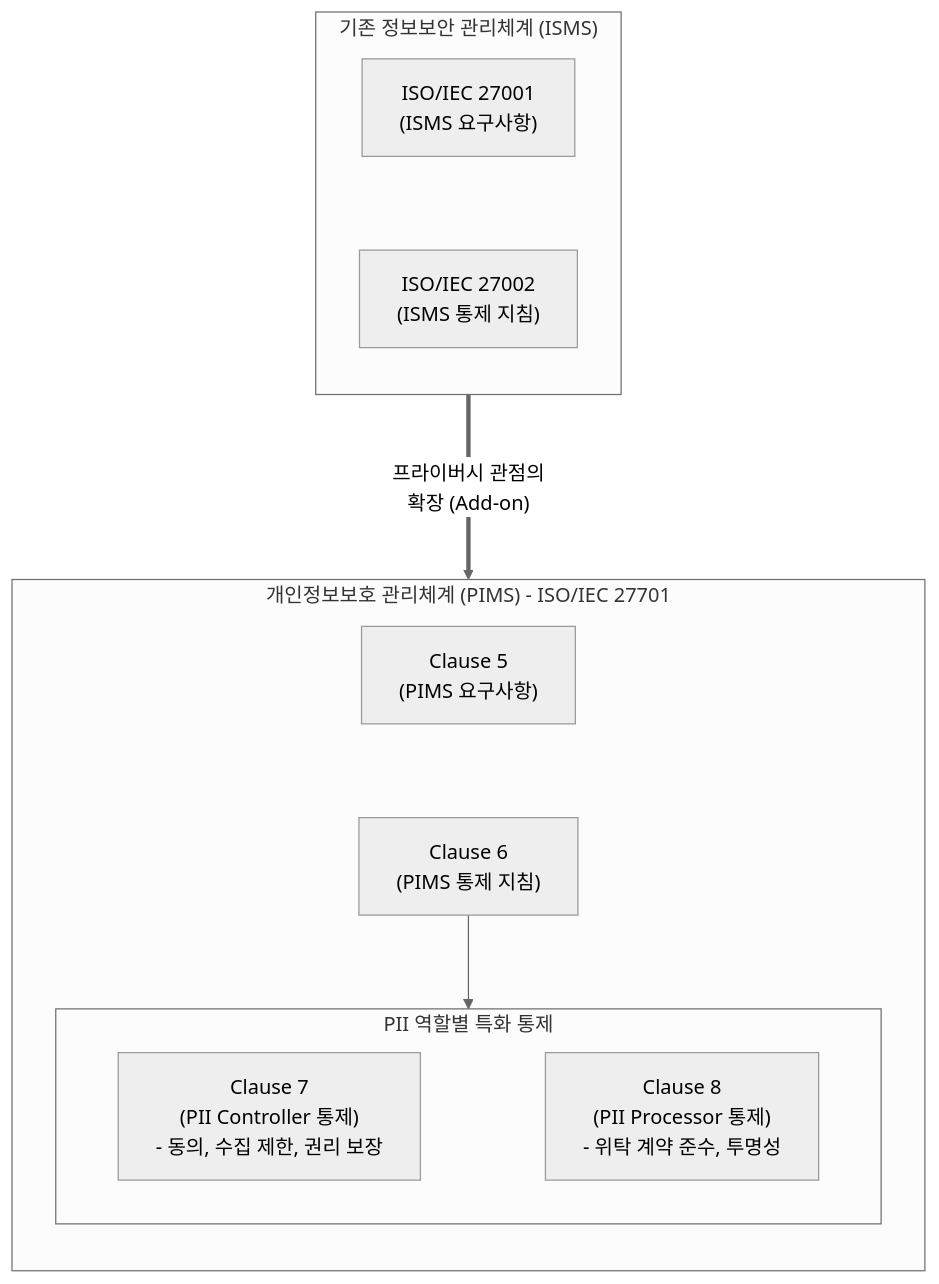
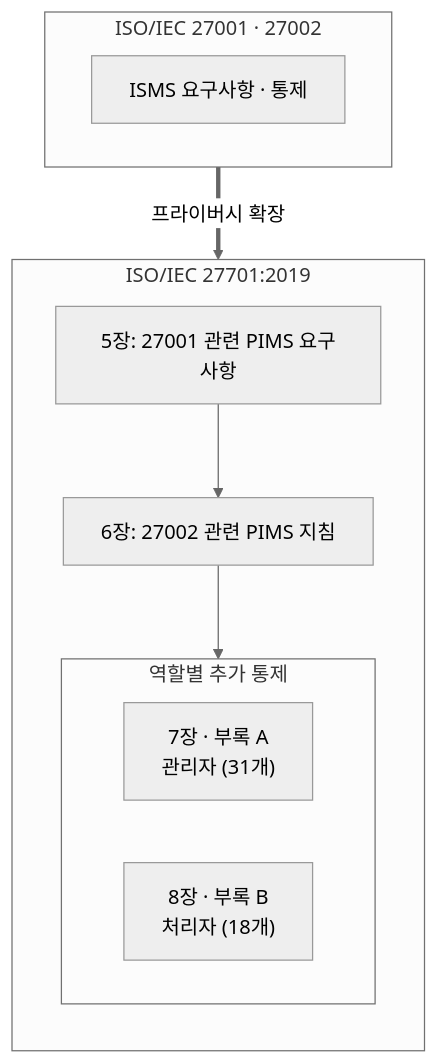
Before and after one commit to supremethumb/supremethumb.github.io: the diagram in content/01_IT Tech/ISO 27701.md, drawn with Mermaid (neutral theme). The commit also changed other lines of this file and 1087 other files, not shown here.

````diff
--- a/content/01_IT Tech/ISO 27701.md
+++ b/content/01_IT Tech/ISO 27701.md
@@ -23,28 +34,18 @@
 ```mermaid
 flowchart TB
-    subgraph ISMS["기존 정보보안 관리체계 (ISMS)"]
+    subgraph BASE["ISO/IEC 27001 · 27002"]
+        A["ISMS 요구사항 · 통제"]
+    end
+    subgraph PIMS["ISO/IEC 27701:2019"]
         direction TB
-        ISO27001["ISO/IEC 27001<br/>(ISMS 요구사항)"] 
-        ISO27002["ISO/IEC 27002<br/>(ISMS 통제 지침)"]
-        ISO27001 ~~~ ISO27002
+        C5["5장: 27001 관련 PIMS 요구사항"]
+        C6["6장: 27002 관련 PIMS 지침"]
+        subgraph ROLE["역할별 추가 통제"]
+            direction LR
+            C7["7장 · 부록 A<br/>관리자 (31개)"]
+            C8["8장 · 부록 B<br/>처리자 (18개)"]
+        end
+        C5 --> C6 --> ROLE
     end
-
-    subgraph PIMS["개인정보보호 관리체계 (PIMS) - ISO/IEC 27701"]
-        direction TB
-        C5["Clause 5<br/>(PIMS 요구사항)"]
-        C6["Clause 6<br/>(PIMS 통제 지침)"]
-        
-        subgraph Role_Specific["PII 역할별 특화 통제"]
-            direction LR
-            C7["Clause 7<br/>(PII Controller 통제)<br/>- 동의, 수집 제한, 권리 보장"]
-            C8["Clause 8<br/>(PII Processor 통제)<br/>- 위탁 계약 준수, 투명성"]
-            C7 ~~~ C8
-        end
-        
-        C5 ~~~ C6
-        C6 --> Role_Specific
-    end
-
-    ISMS == "프라이버시 관점의<br/>확장 (Add-on)" ===> PIMS
-
+    BASE ==>|"프라이버시 확장"| PIMS
 ```
````
